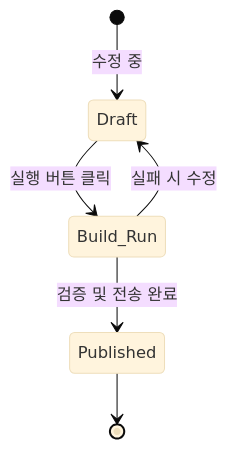
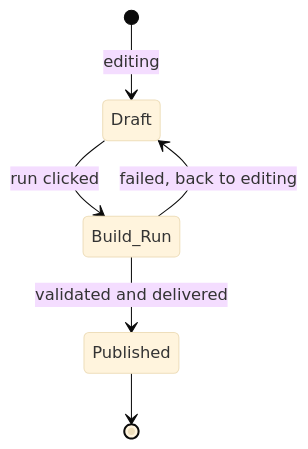
Before and after one commit to kpubdata-lab/kpubdata-studio: the third of 3 diagrams in AGENTS.md, drawn with Mermaid (base theme). The commit also changed other lines of this file, not shown here.

````diff
--- a/AGENTS.md
+++ b/AGENTS.md
@@ -187,8 +210,8 @@
 ```mermaid
 stateDiagram-v2
-    [*] --> Draft: 수정 중
-    Draft --> Build_Run: 실행 버튼 클릭
-    Build_Run --> Published: 검증 및 전송 완료
-    Build_Run --> Draft: 실패 시 수정
+    [*] --> Draft: editing
+    Draft --> Build_Run: run clicked
+    Build_Run --> Published: validated and delivered
+    Build_Run --> Draft: failed, back to editing
     Published --> [*]
 ```
````
